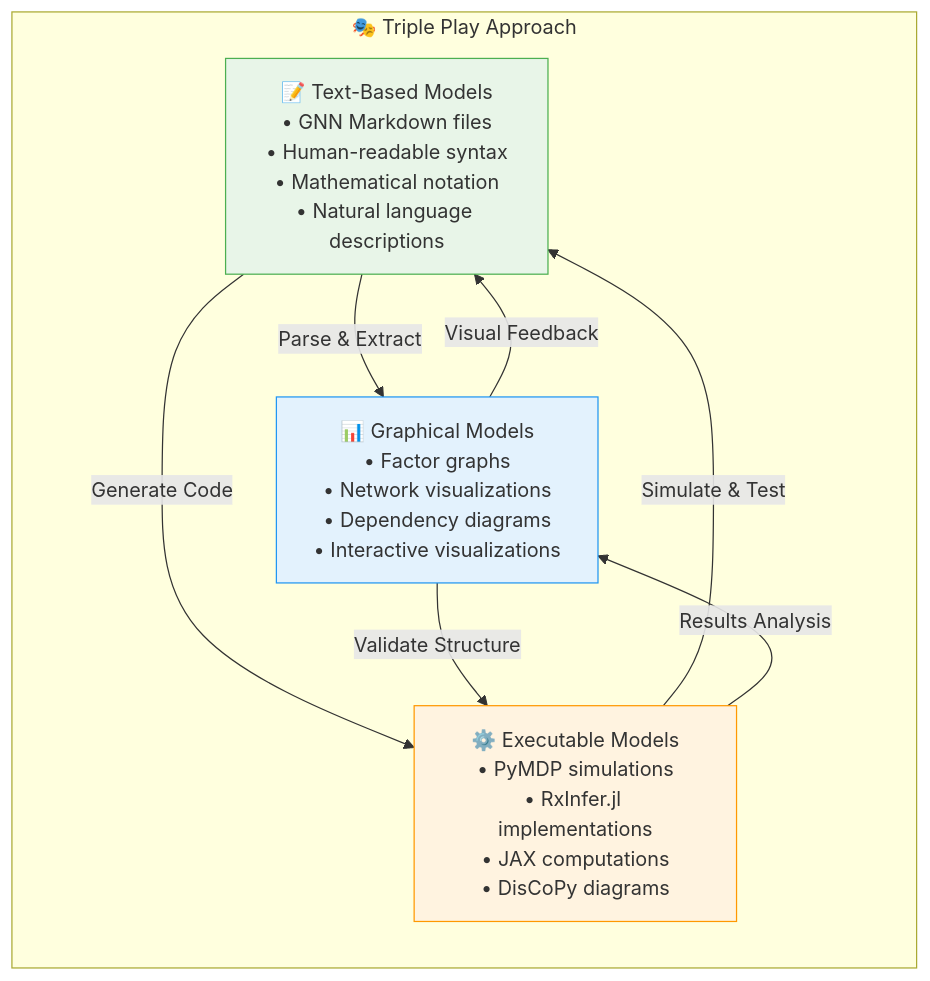
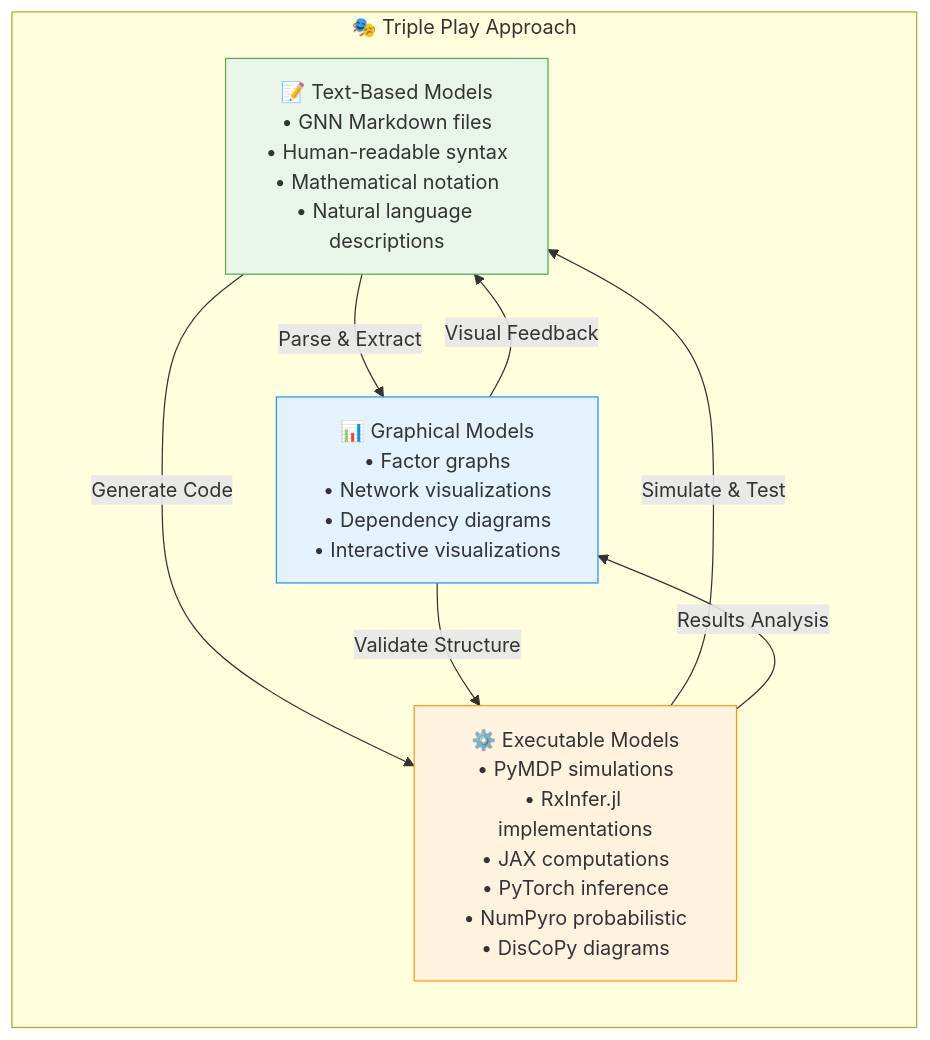
Before and after one commit to ActiveInferenceInstitute/GeneralizedNotationNotation: the first of 8 diagrams in README.md, drawn with Mermaid. The commit also changed other lines of this file and 1810 other files, not shown here.

````diff
--- a/README.md
+++ b/README.md
@@ -177,21 +177,21 @@
 ```mermaid
 graph LR
     subgraph "🎭 Triple Play Approach"
         A["📝 Text-Based Models<br/>• GNN Markdown files<br/>• Human-readable syntax<br/>• Mathematical notation<br/>• Natural language descriptions"]
         
         B["📊 Graphical Models<br/>• Factor graphs<br/>• Network visualizations<br/>• Dependency diagrams<br/>• Interactive visualizations"]
         
-        C["⚙️ Executable Models<br/>• PyMDP simulations<br/>• RxInfer.jl implementations<br/>• JAX computations<br/>• DisCoPy diagrams"]
+        C["⚙️ Executable Models<br/>• PyMDP simulations<br/>• RxInfer.jl implementations<br/>• JAX computations<br/>• PyTorch inference<br/>• NumPyro probabilistic<br/>• DisCoPy diagrams"]
     end
     
     A -->|Parse & Extract| B
     A -->|Generate Code| C
     B -->|Validate Structure| C
     C -->|Simulate & Test| A
     B -->|Visual Feedback| A
     C -->|Results Analysis| B
     
     style A fill:#e8f5e8,stroke:#4caf50
     style B fill:#e3f2fd,stroke:#2196f3
     style C fill:#fff3e0,stroke:#ff9800
 ```
````
